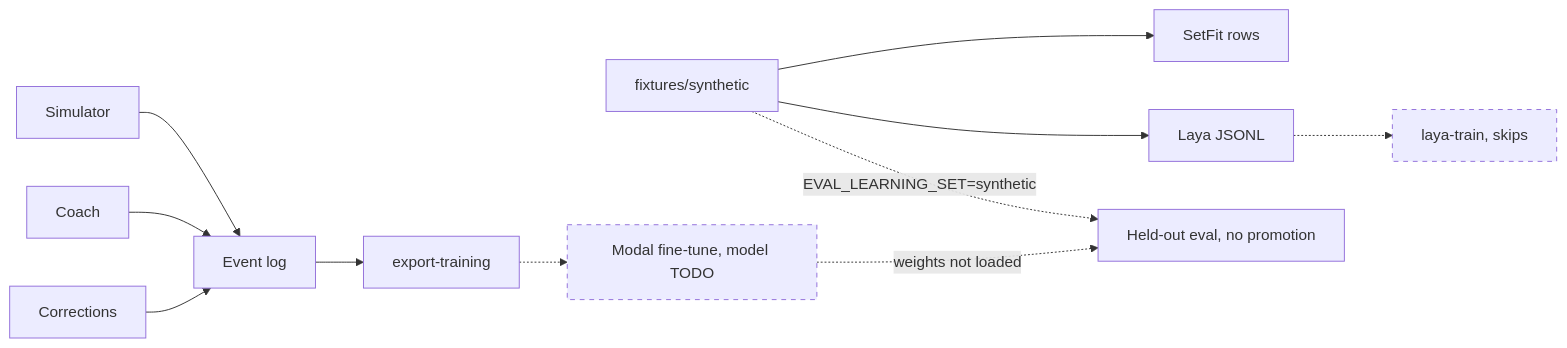
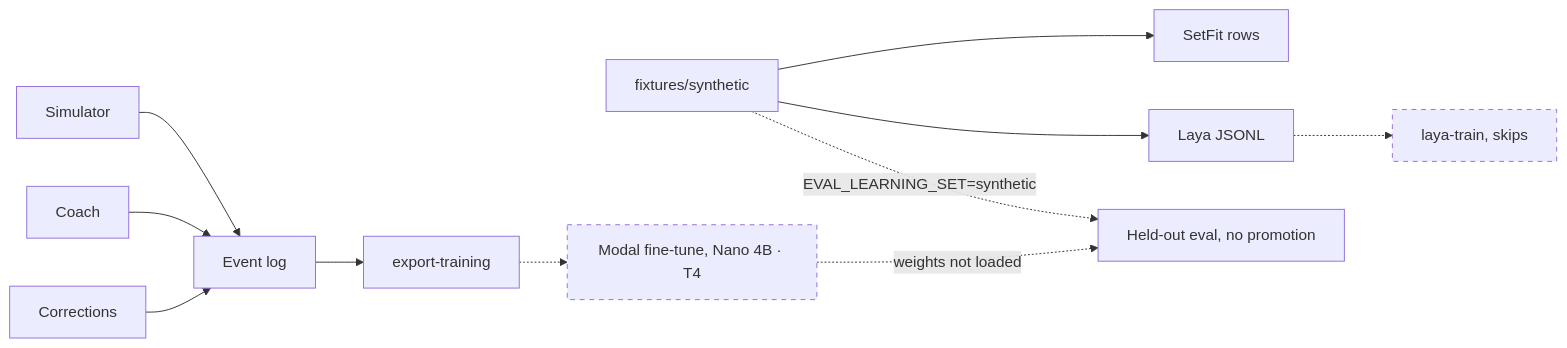
The second of 2 diagrams in README.md (melaniepreen/Baan-Safe), drawn with Mermaid before and after one commit. The commit also changed other lines of this file and 2 other files, not shown here.

Commit message:
docs: refresh architecture diagram (5f903d2)

````diff
--- a/README.md
+++ b/README.md
@@ -103,15 +103,15 @@
 ```mermaid
 flowchart LR
   classDef unwired stroke-dasharray: 5 5
   corrections[Corrections] --> log[Event log]
   coach[Coach] --> log
   sim[Simulator] --> log
   log --> export[export-training]
-  export -.-> ft["Modal fine-tune, model TODO"]:::unwired
+  export -.-> ft["Modal fine-tune, Nano 4B · T4"]:::unwired
   synth["fixtures/synthetic"] --> setfit["SetFit rows"]
   synth --> laya["Laya JSONL"]
   laya -.-> ltrain["laya-train, skips"]:::unwired
   eval["Held-out eval, no promotion"]
   ft -.->|"weights not loaded"| eval
   synth -.->|"EVAL_LEARNING_SET=synthetic"| eval
 ```
````
